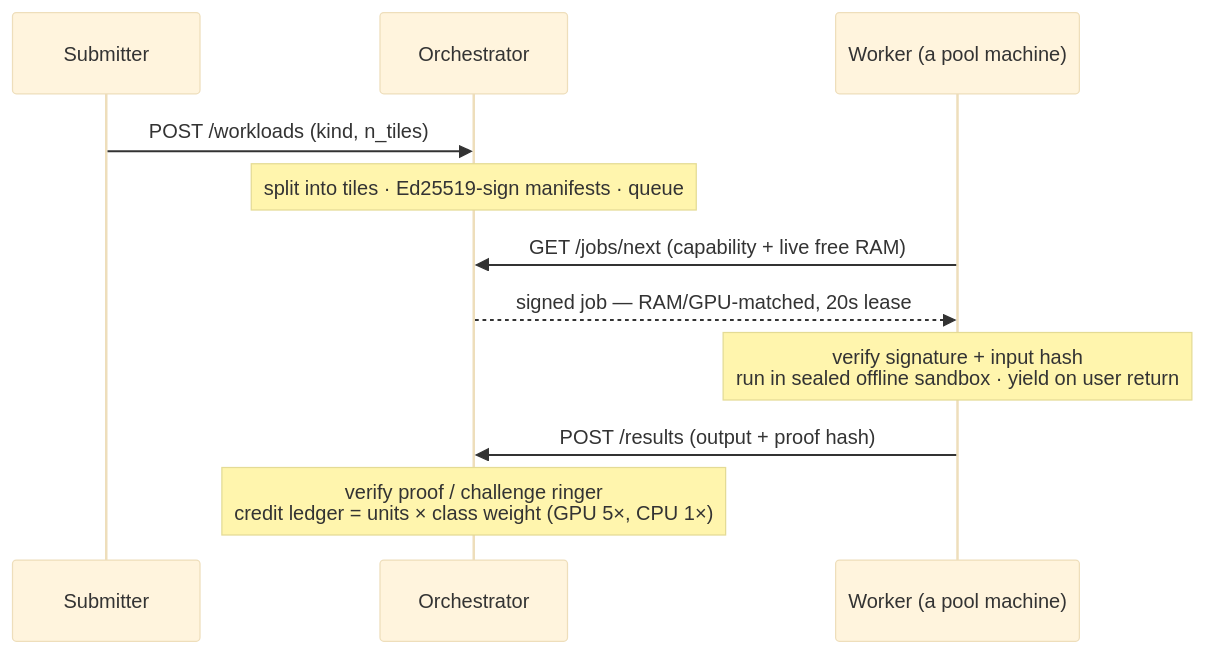
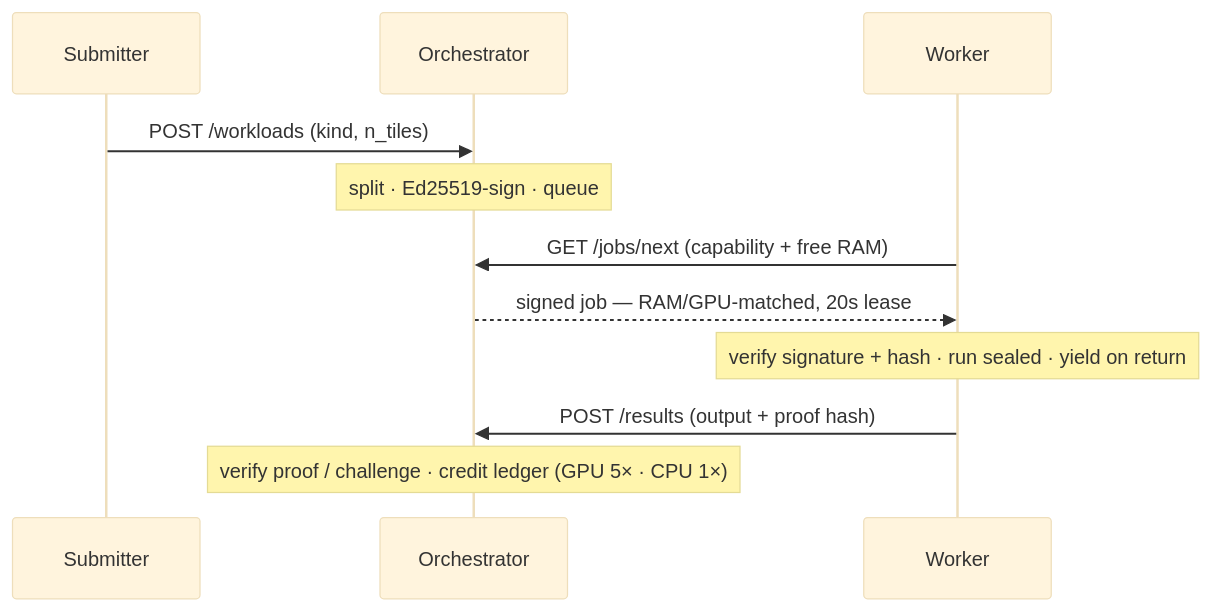
The third of 3 diagrams in README.md (Aditya-Katkuri/OneCompute), drawn with Mermaid (base theme) before and after one commit. The commit also changed other lines of this file and 1 other file, not shown here.

````diff
--- a/README.md
+++ b/README.md
@@ -98,13 +76,13 @@
 ```mermaid
 sequenceDiagram
     participant S as Submitter
     participant O as Orchestrator
-    participant W as Worker (a pool machine)
+    participant W as Worker
     S->>O: POST /workloads (kind, n_tiles)
-    Note over O: split into tiles · Ed25519-sign manifests · queue
-    W->>O: GET /jobs/next (capability + live free RAM)
+    Note over O: split · Ed25519-sign · queue
+    W->>O: GET /jobs/next (capability + free RAM)
     O-->>W: signed job — RAM/GPU-matched, 20s lease
-    Note over W: verify signature + input hash<br/>run in sealed offline sandbox · yield on user return
+    Note over W: verify signature + hash · run sealed · yield on return
     W->>O: POST /results (output + proof hash)
-    Note over O: verify proof / challenge ringer<br/>credit ledger = units × class weight (GPU 5×, CPU 1×)
+    Note over O: verify proof / challenge · credit ledger (GPU 5× · CPU 1×)
 ```
````
